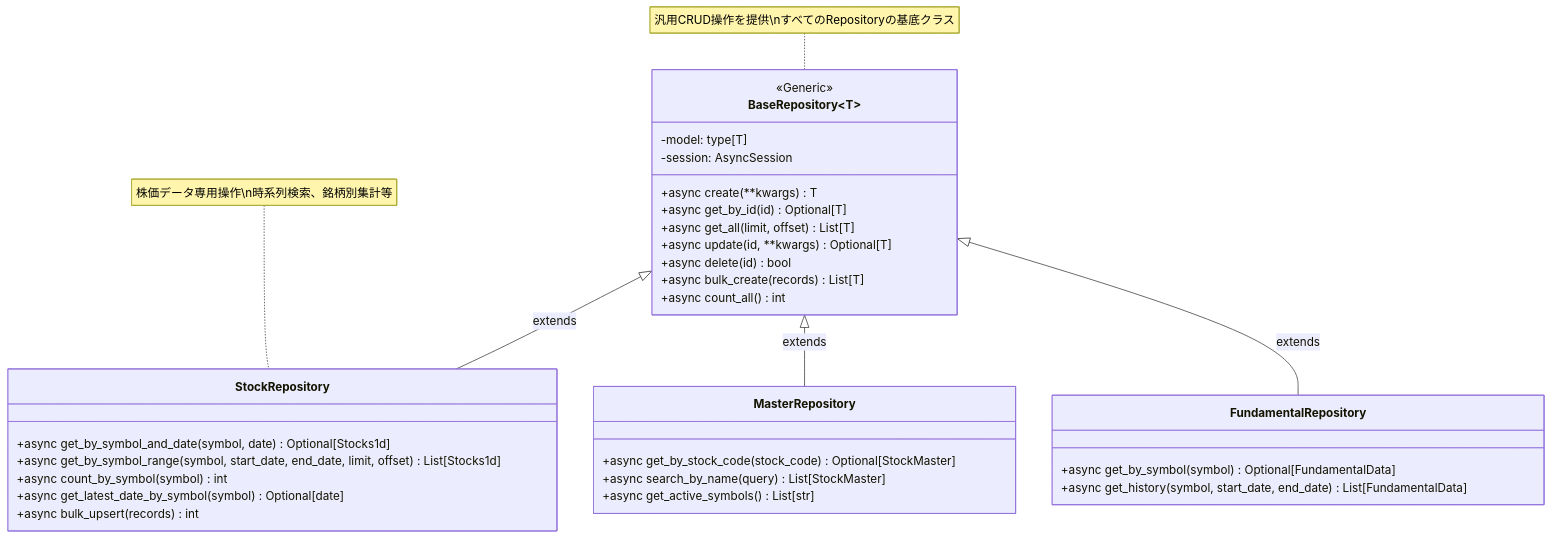
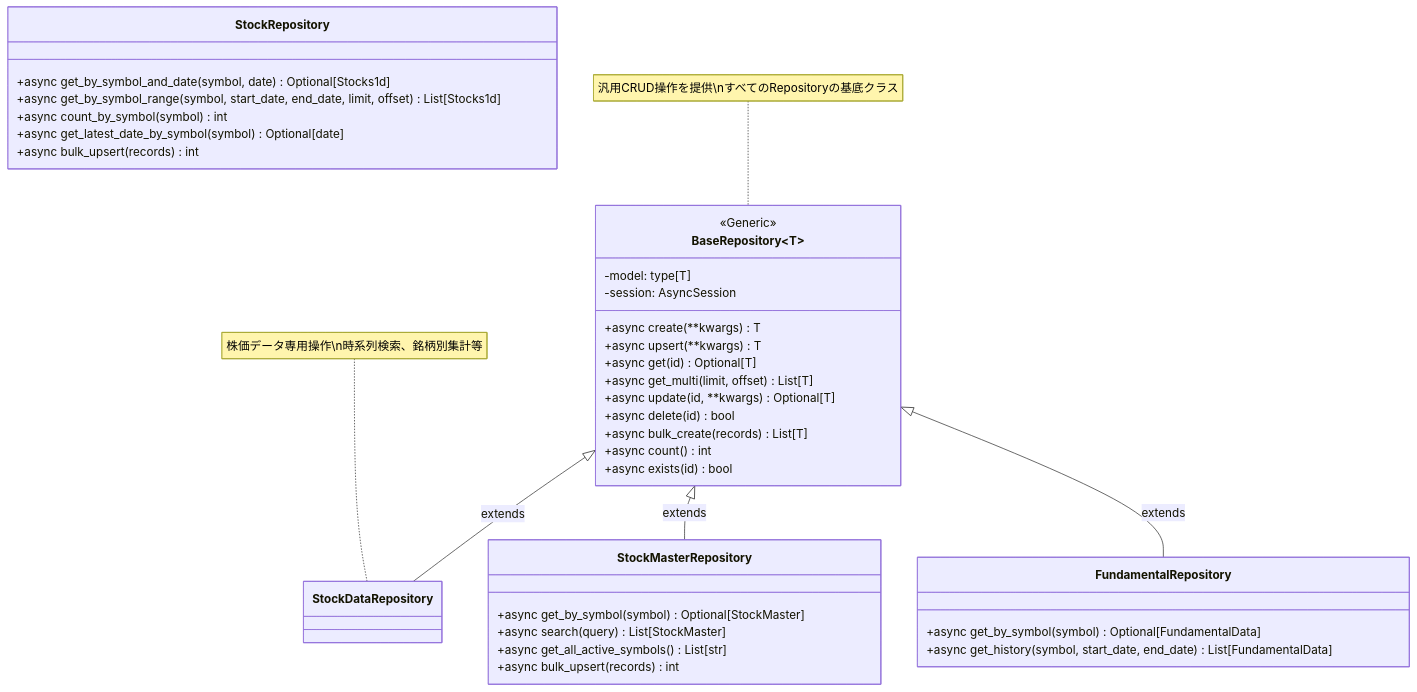
The second of 2 diagrams in docs/architecture/layers/data_access_layer.md (develop-nti-0902/STOCK-INVESTMENT-ANALYZER), drawn with Mermaid before and after one commit. The commit also changed other lines of this file and 6 other files, not shown here.

````diff
--- a/docs/architecture/layers/data_access_layer.md
+++ b/docs/architecture/layers/data_access_layer.md
@@ -633,41 +677,44 @@
 ```mermaid
 classDiagram
     class BaseRepository~T~ {
         <<Generic>>
         -model: type[T]
         -session: AsyncSession
         +async create(**kwargs) T
-        +async get_by_id(id) Optional[T]
-        +async get_all(limit, offset) List[T]
+        +async upsert(**kwargs) T
+        +async get(id) Optional[T]
+        +async get_multi(limit, offset) List[T]
         +async update(id, **kwargs) Optional[T]
         +async delete(id) bool
         +async bulk_create(records) List[T]
-        +async count_all() int
+        +async count() int
+        +async exists(id) bool
     }
 
     class StockRepository {
         +async get_by_symbol_and_date(symbol, date) Optional[Stocks1d]
         +async get_by_symbol_range(symbol, start_date, end_date, limit, offset) List[Stocks1d]
         +async count_by_symbol(symbol) int
         +async get_latest_date_by_symbol(symbol) Optional[date]
         +async bulk_upsert(records) int
     }
 
-    class MasterRepository {
-        +async get_by_stock_code(stock_code) Optional[StockMaster]
-        +async search_by_name(query) List[StockMaster]
-        +async get_active_symbols() List[str]
+    class StockMasterRepository {
+        +async get_by_symbol(symbol) Optional[StockMaster]
+        +async search(query) List[StockMaster]
+        +async get_all_active_symbols() List[str]
+        +async bulk_upsert(records) int
     }
 
     class FundamentalRepository {
         +async get_by_symbol(symbol) Optional[FundamentalData]
         +async get_history(symbol, start_date, end_date) List[FundamentalData]
     }
 
-    BaseRepository <|-- StockRepository : extends
-    BaseRepository <|-- MasterRepository : extends
+    BaseRepository <|-- StockDataRepository : extends
+    BaseRepository <|-- StockMasterRepository : extends
     BaseRepository <|-- FundamentalRepository : extends
 
     note for BaseRepository "汎用CRUD操作を提供\nすべてのRepositoryの基底クラス"
-    note for StockRepository "株価データ専用操作\n時系列検索、銘柄別集計等"
+    note for StockDataRepository "株価データ専用操作\n時系列検索、銘柄別集計等"
 ```
````
